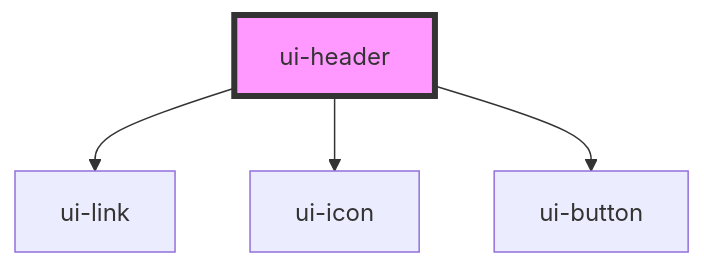
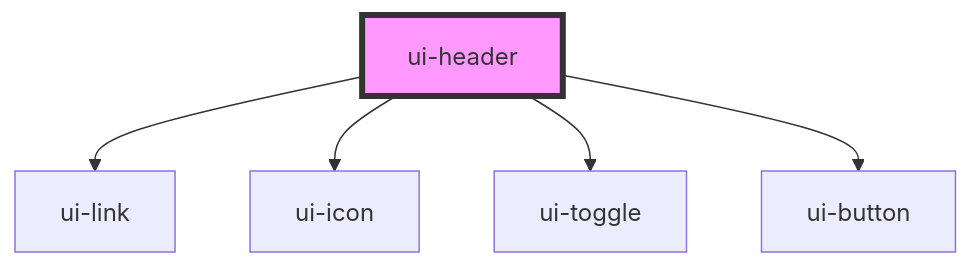
Before and after one commit to ElSimpatico/personal-site: the diagram in packages/ui-kit/src/components/molecules/header/readme.md, drawn with Mermaid. The commit also changed other lines of this file and 4 other files, not shown here.

````diff
--- a/packages/ui-kit/src/components/molecules/header/readme.md
+++ b/packages/ui-kit/src/components/molecules/header/readme.md
@@ -28,7 +32,8 @@
 ```mermaid
 graph TD;
   ui-header --> ui-link
   ui-header --> ui-icon
+  ui-header --> ui-toggle
   ui-header --> ui-button
   style ui-header fill:#f9f,stroke:#333,stroke-width:4px
 ```
````
